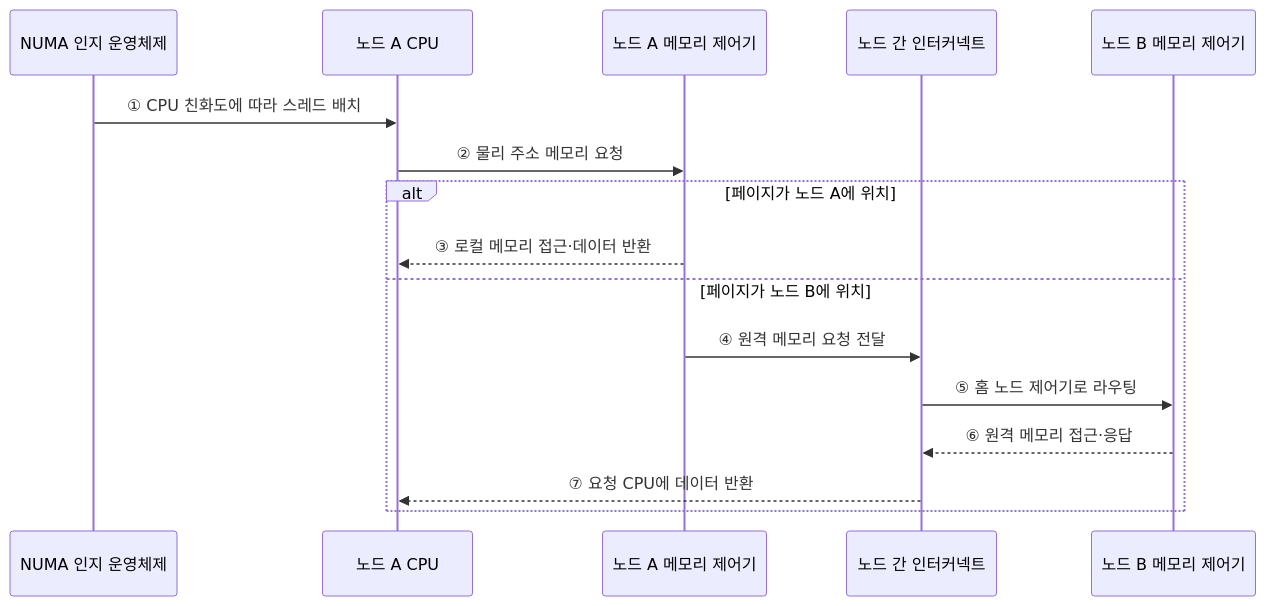
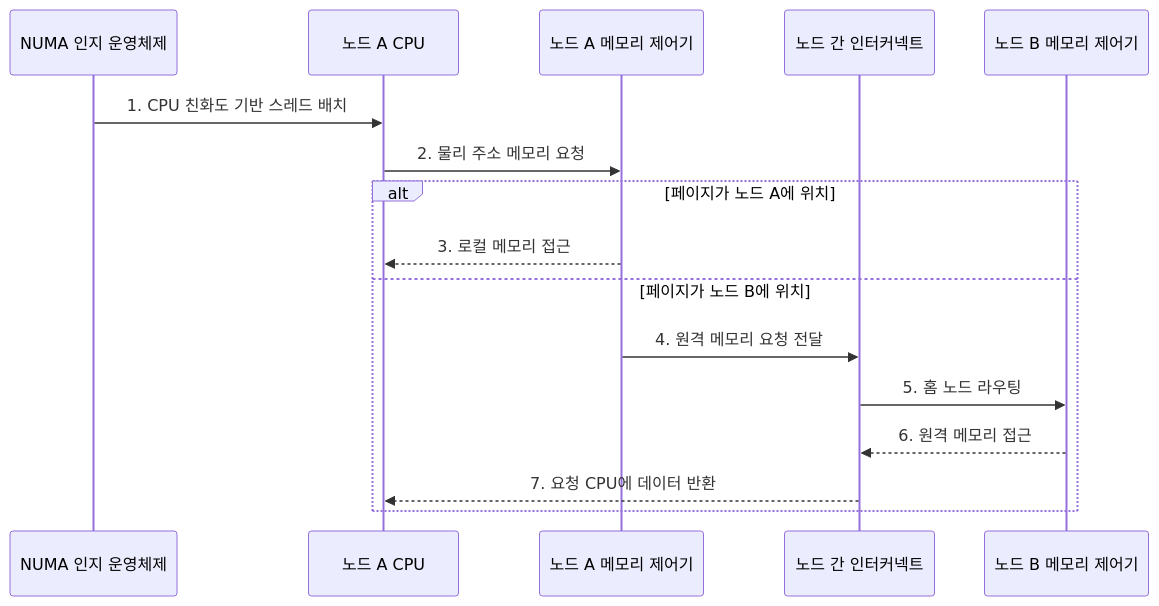
Before and after one commit to agnusdei1207/knowledge-base: the second of 2 diagrams in src/content/docs/notes/02-hardware/021_numa.md, drawn with Mermaid. The commit also changed other lines of this file and 20 other files, not shown here.

````diff
--- a/src/content/docs/notes/02-hardware/021_numa.md
+++ b/src/content/docs/notes/02-hardware/021_numa.md
@@ -76,19 +83,19 @@
 ```mermaid
 sequenceDiagram
     participant O as NUMA 인지 운영체제
     participant C as 노드 A CPU
     participant A as 노드 A 메모리 제어기
     participant I as 노드 간 인터커넥트
     participant B as 노드 B 메모리 제어기
 
-    O->>C: ① CPU 친화도에 따라 스레드 배치
-    C->>A: ② 물리 주소 메모리 요청
+    O->>C: 1. CPU 친화도 기반 스레드 배치
+    C->>A: 2. 물리 주소 메모리 요청
     alt 페이지가 노드 A에 위치
-        A-->>C: ③ 로컬 메모리 접근·데이터 반환
+        A-->>C: 3. 로컬 메모리 접근
     else 페이지가 노드 B에 위치
-        A->>I: ④ 원격 메모리 요청 전달
-        I->>B: ⑤ 홈 노드 제어기로 라우팅
-        B-->>I: ⑥ 원격 메모리 접근·응답
-        I-->>C: ⑦ 요청 CPU에 데이터 반환
+        A->>I: 4. 원격 메모리 요청 전달
+        I->>B: 5. 홈 노드 라우팅
+        B-->>I: 6. 원격 메모리 접근
+        I-->>C: 7. 요청 CPU에 데이터 반환
     end
 ```
````
